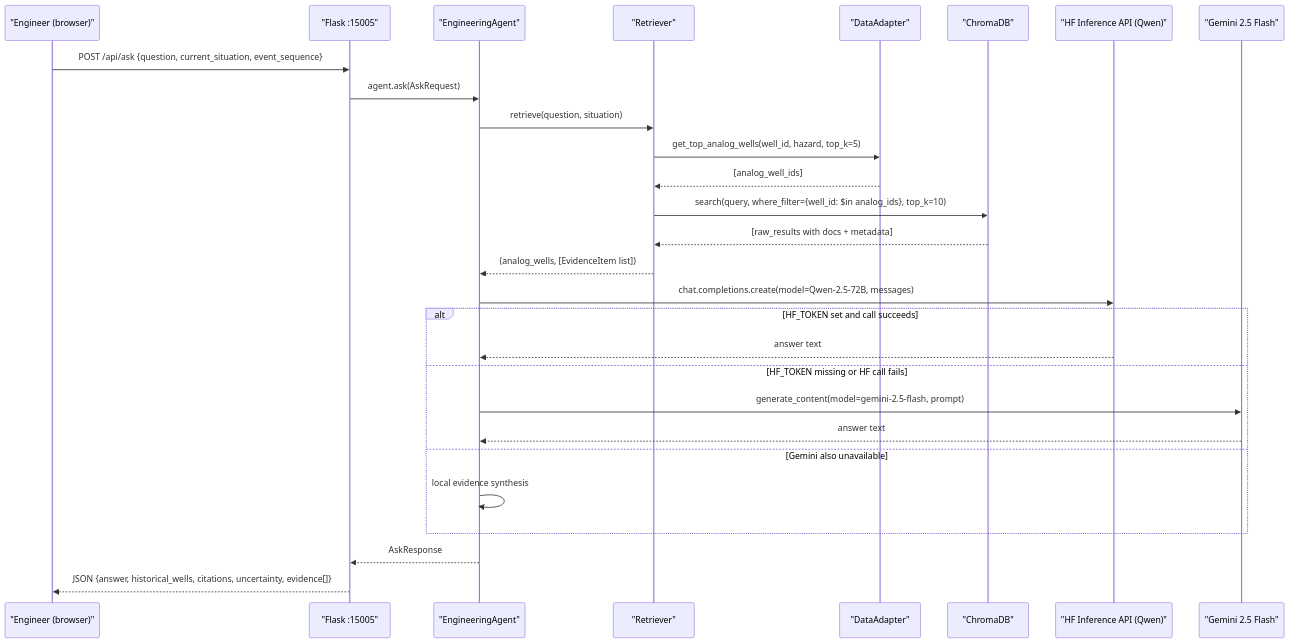
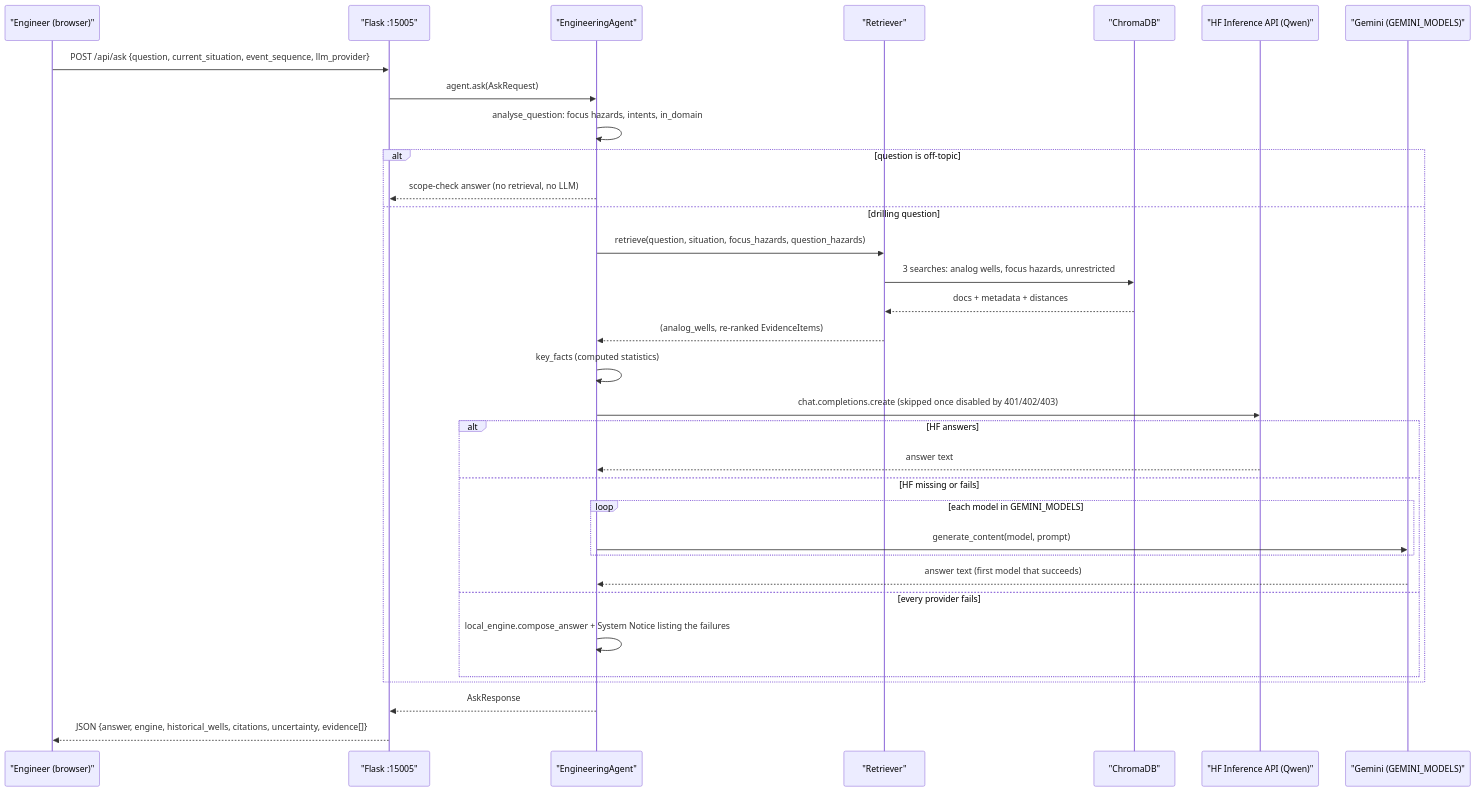
One commit to n3ssdub3y/SIH_2026_PLANNS changed diagram 16 of 18 in ARCHITECTURE.md. Above: the diagram before and after it, drawn with Mermaid. The commit also changed other lines of this file and 14 other files, not shown here.

Commit message:
fix: Module 5 engineering agent and update Gemini model chain

````diff
--- a/ARCHITECTURE.md
+++ b/ARCHITECTURE.md
@@ -1035,31 +1075,36 @@
 ```mermaid
 sequenceDiagram
     participant ENG as "Engineer (browser)"
     participant APP as "Flask :15005"
     participant AGT as "EngineeringAgent"
     participant RET as "Retriever"
-    participant DA as "DataAdapter"
     participant VS as "ChromaDB"
     participant HF as "HF Inference API (Qwen)"
-    participant GEM as "Gemini 2.5 Flash"
+    participant GEM as "Gemini (GEMINI_MODELS)"
 
-    ENG->>APP: POST /api/ask {question, current_situation, event_sequence}
+    ENG->>APP: POST /api/ask {question, current_situation, event_sequence, llm_provider}
     APP->>AGT: agent.ask(AskRequest)
-    AGT->>RET: retrieve(question, situation)
-    RET->>DA: get_top_analog_wells(well_id, hazard, top_k=5)
-    DA-->>RET: [analog_well_ids]
-    RET->>VS: search(query, where_filter={well_id: $in analog_ids}, top_k=10)
-    VS-->>RET: [raw_results with docs + metadata]
-    RET-->>AGT: (analog_wells, [EvidenceItem list])
-    AGT->>HF: chat.completions.create(model=Qwen-2.5-72B, messages)
-    alt HF_TOKEN set and call succeeds
-        HF-->>AGT: answer text
-    else HF_TOKEN missing or HF call fails
-        AGT->>GEM: generate_content(model=gemini-2.5-flash, prompt)
-        GEM-->>AGT: answer text
-    else Gemini also unavailable
-        AGT->>AGT: local evidence synthesis
+    AGT->>AGT: analyse_question: focus hazards, intents, in_domain
+    alt question is off-topic
+        AGT-->>APP: scope-check answer (no retrieval, no LLM)
+    else drilling question
+        AGT->>RET: retrieve(question, situation, focus_hazards, question_hazards)
+        RET->>VS: 3 searches: analog wells, focus hazards, unrestricted
+        VS-->>RET: docs + metadata + distances
+        RET-->>AGT: (analog_wells, re-ranked EvidenceItems)
+        AGT->>AGT: key_facts (computed statistics)
+        AGT->>HF: chat.completions.create (skipped once disabled by 401/402/403)
+        alt HF answers
+            HF-->>AGT: answer text
+        else HF missing or fails
+            loop each model in GEMINI_MODELS
+                AGT->>GEM: generate_content(model, prompt)
+            end
+            GEM-->>AGT: answer text (first model that succeeds)
+        else every provider fails
+            AGT->>AGT: local_engine.compose_answer + System Notice listing the failures
+        end
     end
     AGT-->>APP: AskResponse
-    APP-->>ENG: JSON {answer, historical_wells, citations, uncertainty, evidence[]}
+    APP-->>ENG: JSON {answer, engine, historical_wells, citations, uncertainty, evidence[]}
 ```
````
